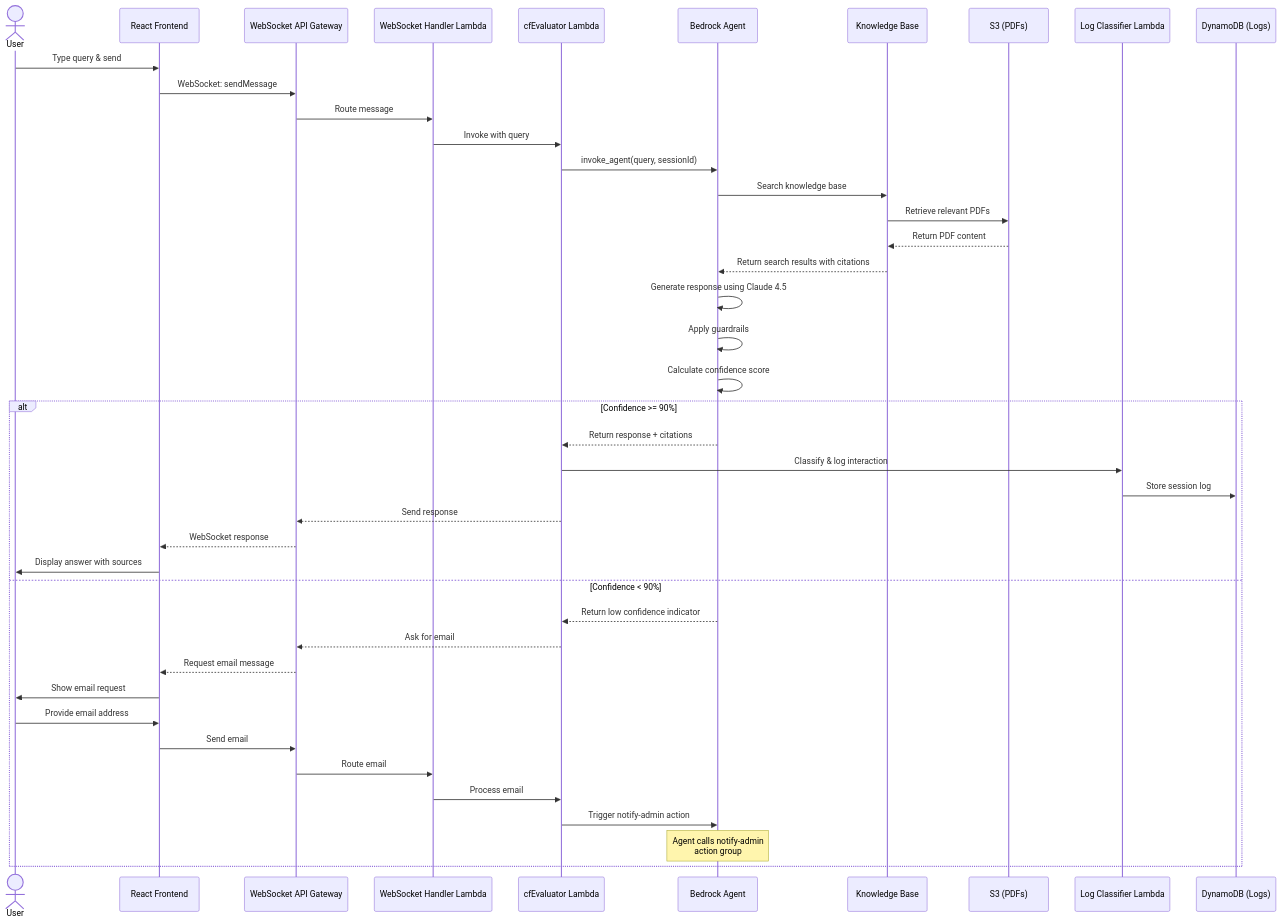
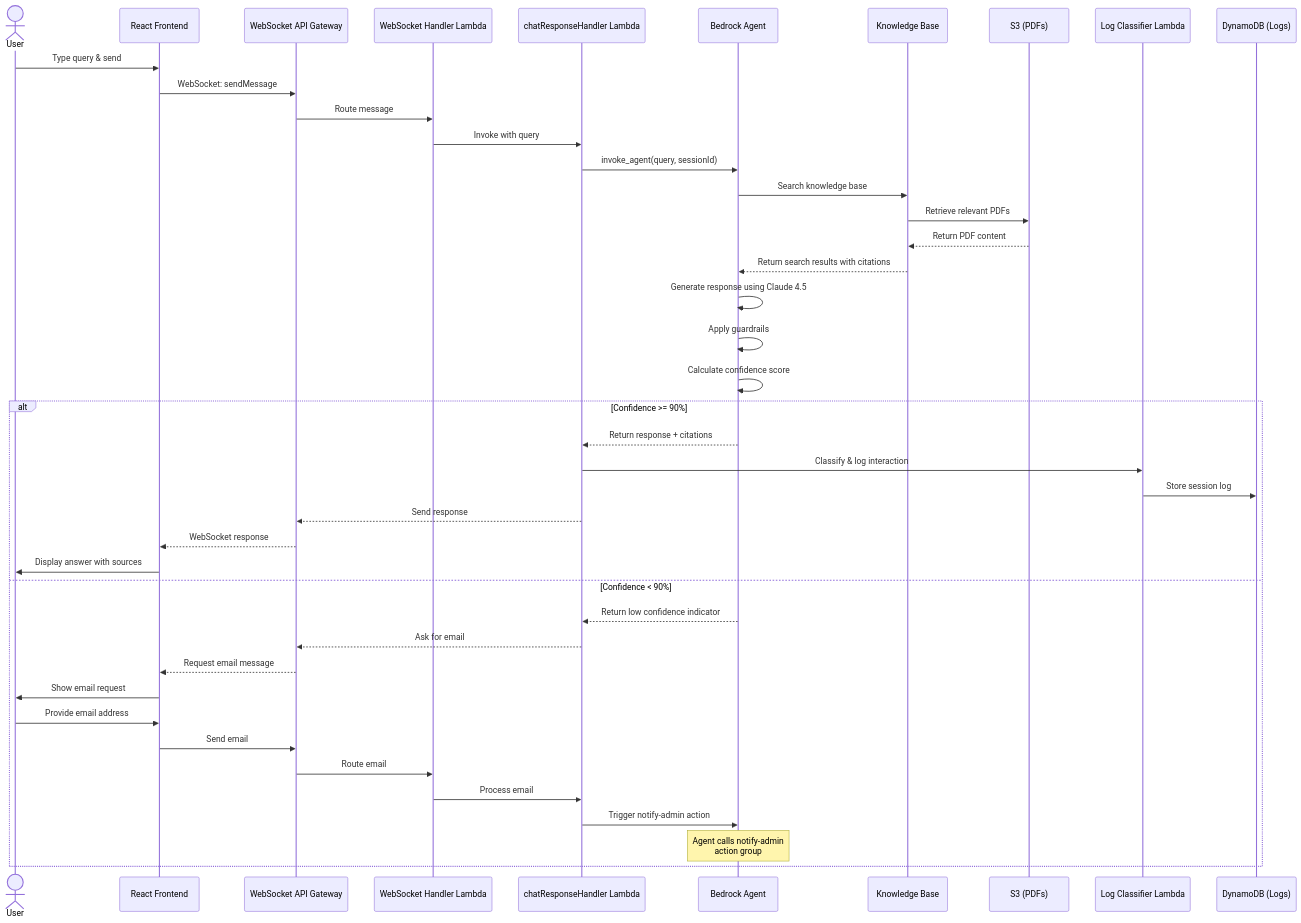
One commit to KHemanthRaju/ncwm_chatbot changed the fourth of 10 diagrams in docs/architecture/ARCHITECTURE_DIAGRAMS.md. Above: the diagram before and after it, drawn with Mermaid. The commit also changed other lines of this file and 24 other files, not shown here.

First line of the commit message:
Rename cfEvaluator to chatResponseHandler and update documentation

````diff
--- a/docs/architecture/ARCHITECTURE_DIAGRAMS.md
+++ b/docs/architecture/ARCHITECTURE_DIAGRAMS.md
@@ -239,48 +239,48 @@
 ```mermaid
 sequenceDiagram
     actor User
     participant Frontend as React Frontend
     participant WSGateway as WebSocket API Gateway
     participant WSHandler as WebSocket Handler Lambda
-    participant CFEval as cfEvaluator Lambda
+    participant CFEval as chatResponseHandler Lambda
     participant Agent as Bedrock Agent
     participant KB as Knowledge Base
     participant S3 as S3 (PDFs)
     participant Classifier as Log Classifier Lambda
     participant DDB as DynamoDB (Logs)
 
     User->>Frontend: Type query & send
     Frontend->>WSGateway: WebSocket: sendMessage
     WSGateway->>WSHandler: Route message
     WSHandler->>CFEval: Invoke with query
 
     CFEval->>Agent: invoke_agent(query, sessionId)
     Agent->>KB: Search knowledge base
     KB->>S3: Retrieve relevant PDFs
     S3-->>KB: Return PDF content
     KB-->>Agent: Return search results with citations
 
     Agent->>Agent: Generate response using Claude 4.5
     Agent->>Agent: Apply guardrails
     Agent->>Agent: Calculate confidence score
 
     alt Confidence >= 90%
         Agent-->>CFEval: Return response + citations
         CFEval->>Classifier: Classify & log interaction
         Classifier->>DDB: Store session log
         CFEval-->>WSGateway: Send response
         WSGateway-->>Frontend: WebSocket response
         Frontend->>User: Display answer with sources
     else Confidence < 90%
         Agent-->>CFEval: Return low confidence indicator
         CFEval-->>WSGateway: Ask for email
         WSGateway-->>Frontend: Request email message
         Frontend->>User: Show email request
         User->>Frontend: Provide email address
         Frontend->>WSGateway: Send email
         WSGateway->>WSHandler: Route email
         WSHandler->>CFEval: Process email
         CFEval->>Agent: Trigger notify-admin action
         Note over Agent: Agent calls notify-admin<br/>action group
     end
 ```
````
